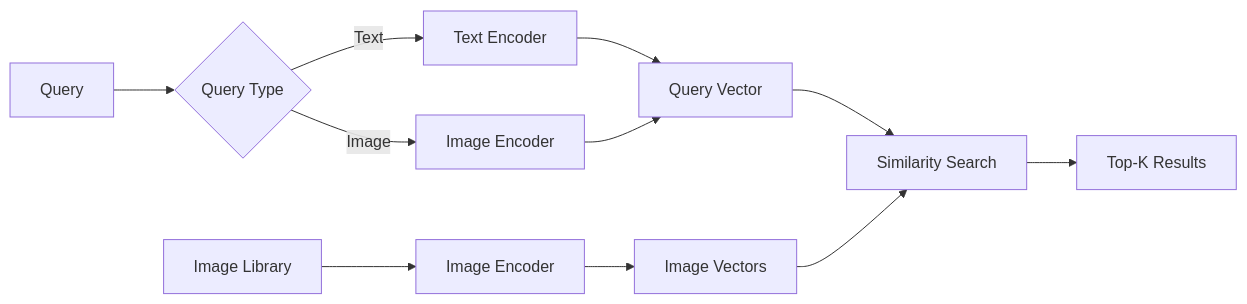
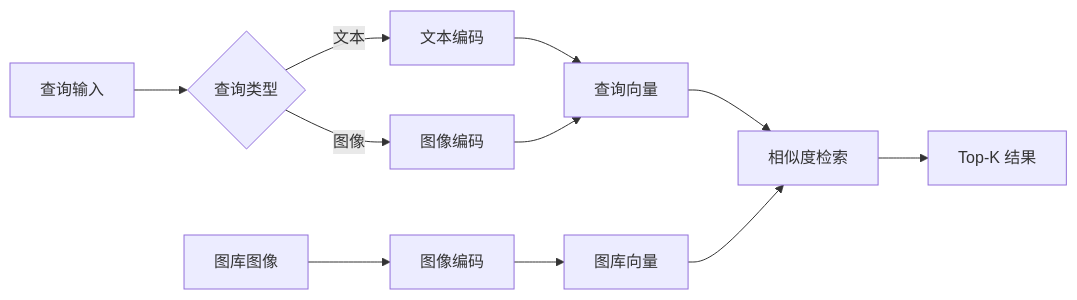
One commit to tylerelyt/test_bed changed the diagram in docs_site/docs/multimodal/image-search.md. Above: the diagram before and after it, drawn with Mermaid. The commit also changed other lines of this file and 15 other files, not shown here.

First line of the commit message:
feat(rag): OAG ReAct graph reasoning, streaming steps, retrieval subgraph viz

````diff
--- a/docs_site/docs/multimodal/image-search.md
+++ b/docs_site/docs/multimodal/image-search.md
@@ -54,14 +43,13 @@
 ```mermaid
 graph LR
-    A[Query] --> B{Query Type}
-    B -->|Text| C[Text Encoder]
-    B -->|Image| D[Image Encoder]
-    C --> E[Query Vector]
+    A[查询输入] --> B{查询类型}
+    B -->|文本| C[文本编码]
+    B -->|图像| D[图像编码]
+    C --> E[查询向量]
     D --> E
-    E --> F[Similarity Search]
-    F --> G[Top-K Results]
-    
-    H[Image Library] --> I[Image Encoder]
-    I --> J[Image Vectors]
+    H[图库图像] --> I[图像编码]
+    I --> J[图库向量]
+    E --> F[相似度检索]
     J --> F
+    F --> G[Top-K 结果]
 ```
````
